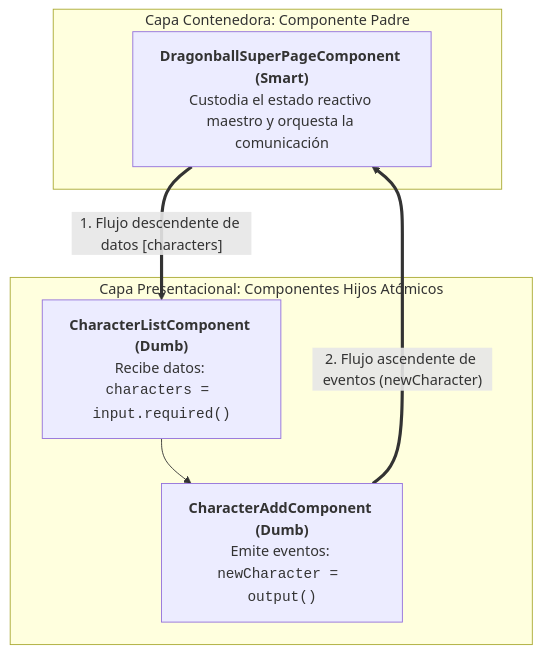
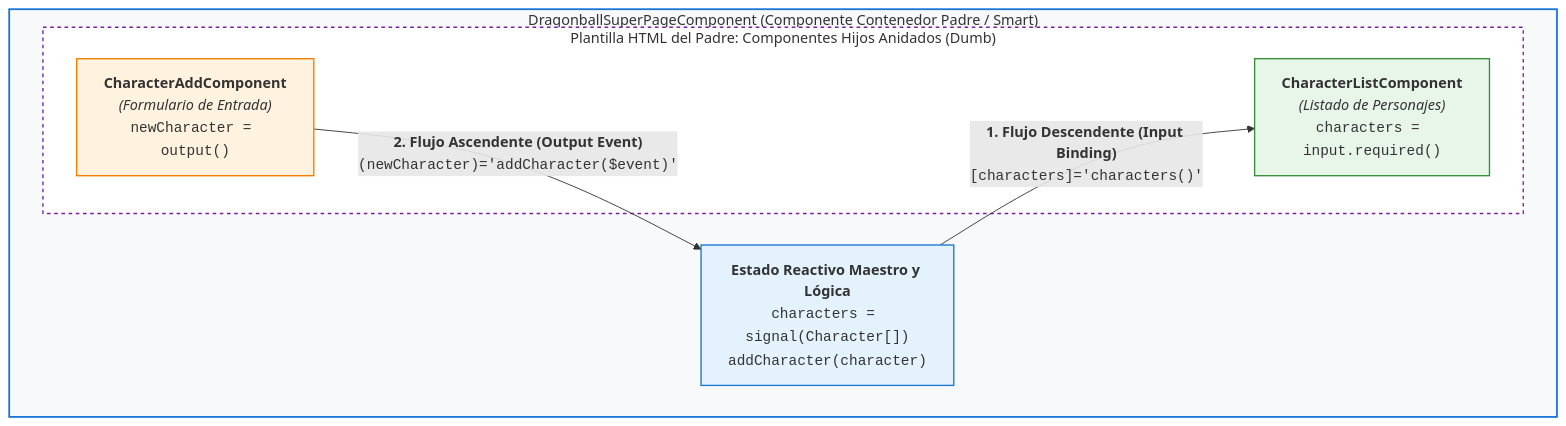
The second of 3 diagrams in docs/05-expandir-bases.md (Jose-Quesada/materiales_angular), drawn with Mermaid before and after one commit. The commit also changed other lines of this file and 49 other files, not shown here.

````diff
--- a/docs/05-expandir-bases.md
+++ b/docs/05-expandir-bases.md
@@ -662,13 +870,21 @@
-``` mermaid
+```mermaid
 flowchart TD
-    subgraph Smart ["Capa Contenedora: Componente Padre"]
-        Padre["<b>DragonballSuperPageComponent (Smart)</b><br/>Custodia el estado reactivo maestro y orquesta la comunicación"]
+    subgraph Padre ["DragonballSuperPageComponent (Componente Contenedor Padre / Smart)"]
+        Estado["<b>Estado Reactivo Maestro y Lógica</b><br/><code>characters = signal(Character[])</code><br/><code>addCharacter(character)</code>"]
+
+        subgraph Plantilla ["Plantilla HTML del Padre: Componentes Hijos Anidados (Dumb)"]
+            Add["<b>CharacterAddComponent</b><br/><i>(Formulario de Entrada)</i><br/><code>newCharacter = output()</code>"]
+            Lista["<b>CharacterListComponent</b><br/><i>(Listado de Personajes)</i><br/><code>characters = input.required()</code>"]
+            Add ~~~ Lista
+        end
+
+        Add -->|"<b>2. Flujo Ascendente (Output Event)</b><br/><code>(newCharacter)='addCharacter($event)'</code>"| Estado
+        Estado -->|"<b>1. Flujo Descendente (Input Binding)</b><br/><code>[characters]='characters()'</code>"| Lista
     end
 
-    subgraph Dumb ["Capa Presentacional: Componentes Hijos Atómicos"]
-        Lista["<b>CharacterListComponent (Dumb)</b><br/>Recibe datos: <code>characters = input.required()</code>"] --> Add["<b>CharacterAddComponent (Dumb)</b><br/>Emite eventos: <code>newCharacter = output()</code>"]
-    end
-
-    Padre ==>|"1. Flujo descendente de datos [characters]"| Lista
-    Add ==>|"2. Flujo ascendente de eventos (newCharacter)"| Padre
+    style Padre fill:#f8f9fa,stroke:#1976d2,stroke-width:2px
+    style Estado fill:#e3f2fd,stroke:#1976d2,stroke-width:1.5px
+    style Plantilla fill:#ffffff,stroke:#7b1fa2,stroke-width:1.5px,stroke-dasharray: 4 4
+    style Add fill:#fff3e0,stroke:#f57c00,stroke-width:1.5px
+    style Lista fill:#e8f5e9,stroke:#388e3c,stroke-width:1.5px
 ```
````
